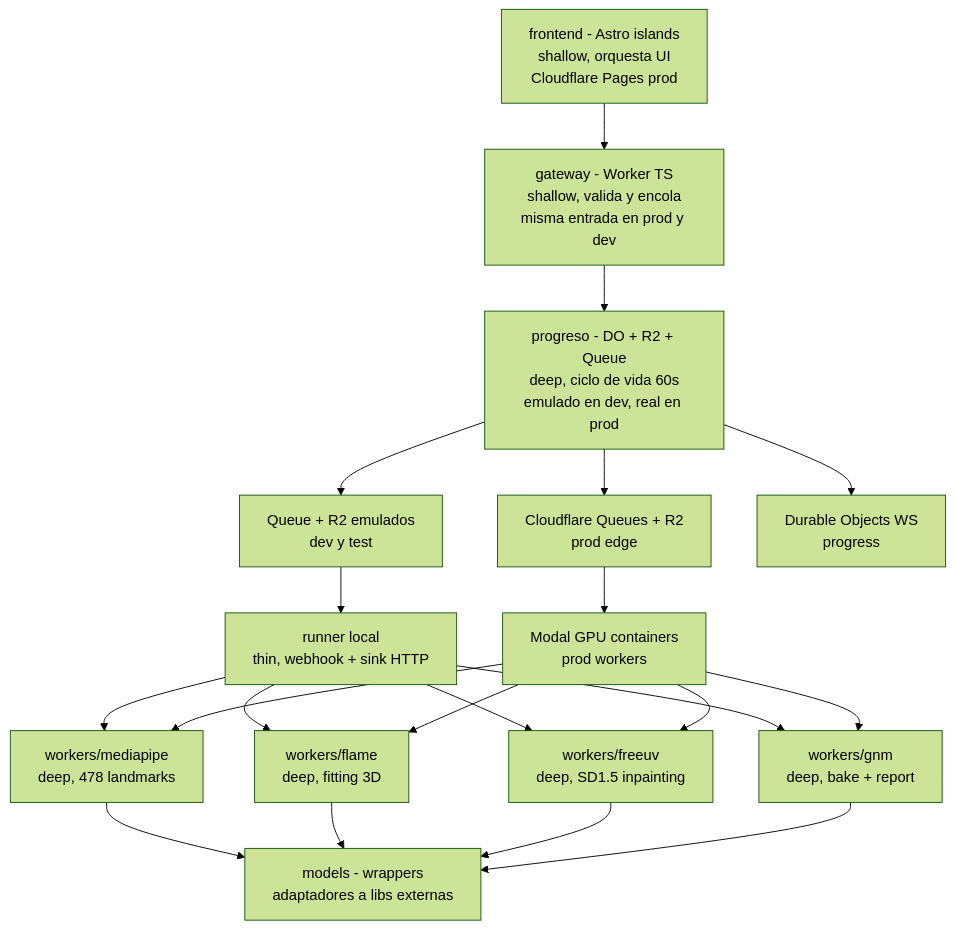
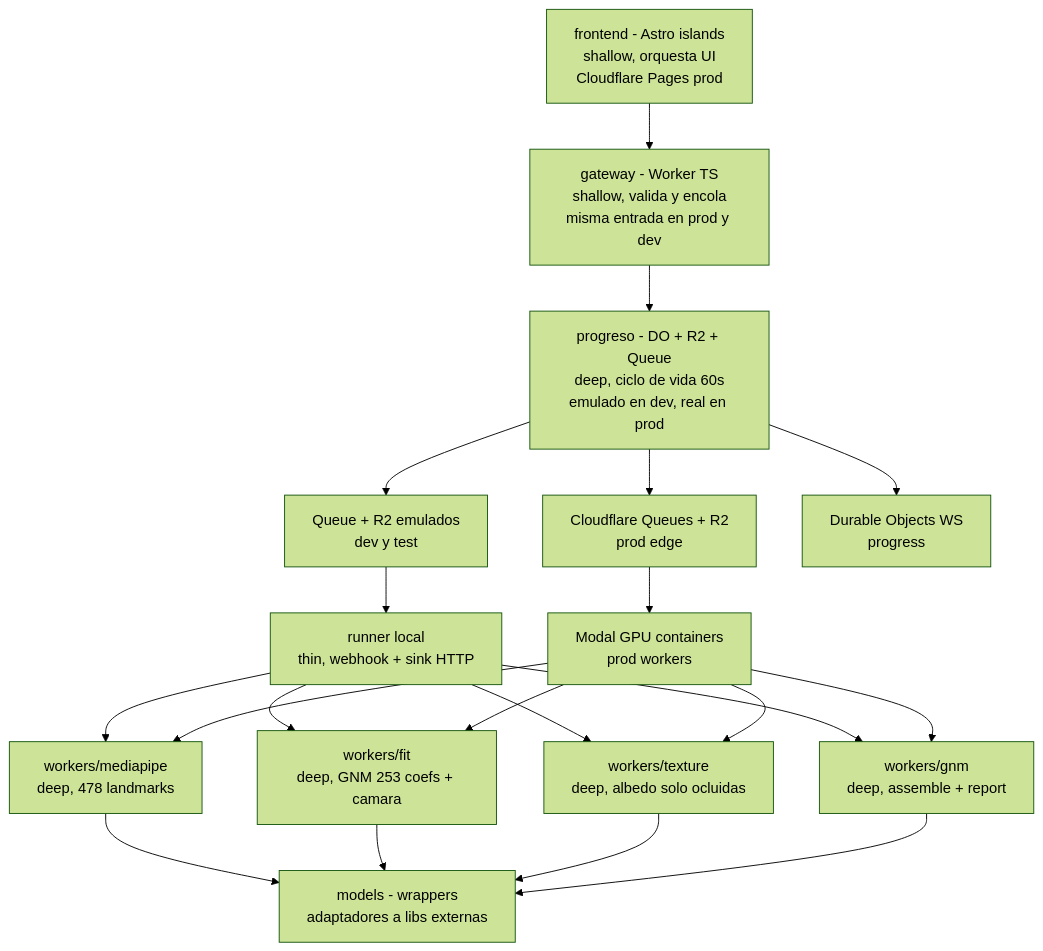
One commit to dinoesau/vultus changed the first of 2 diagrams in ARCHITECTURE.md. Above: the diagram before and after it, drawn with Mermaid (forest theme). The commit also changed other lines of this file and 24 other files, not shown here.

First line of the commit message:
feat(gnm): direct GNM fit-texture-PBR pipeline, retire BFM path

````diff
--- a/ARCHITECTURE.md
+++ b/ARCHITECTURE.md
@@ -56,27 +56,27 @@
 ```mermaid
 graph TD
     FE[frontend - Astro islands<br/>shallow, orquesta UI<br/>Cloudflare Pages prod]
     API[gateway - Worker TS<br/>shallow, valida y encola<br/>misma entrada en prod y dev]
     CORE[progreso - DO + R2 + Queue<br/>deep, ciclo de vida 60s<br/>emulado en dev, real en prod]
     CFQ[Cloudflare Queues + R2<br/>prod edge]
     LOCAL[Queue + R2 emulados<br/>dev y test]
     RN[runner local<br/>thin, webhook + sink HTTP]
     MO[Modal GPU containers<br/>prod workers]
     W1[workers/mediapipe<br/>deep, 478 landmarks]
-    W2[workers/flame<br/>deep, fitting 3D]
-    W3[workers/freeuv<br/>deep, SD1.5 inpainting]
-    W4[workers/gnm<br/>deep, bake + report]
+    W2[workers/fit<br/>deep, GNM 253 coefs + camara]
+    W3[workers/texture<br/>deep, albedo solo ocluidas]
+    W4[workers/gnm<br/>deep, assemble + report]
     MODELS[models - wrappers<br/>adaptadores a libs externas]
     DO[Durable Objects WS<br/>progress]
 
     FE --> API
     API --> CORE
     CORE --> CFQ
     CORE --> LOCAL
     CORE --> DO
     CFQ --> MO
     LOCAL --> RN
     RN --> W1 & W2 & W3 & W4
     MO --> W1 & W2 & W3 & W4
     W1 & W2 & W3 & W4 --> MODELS
 ```
````
